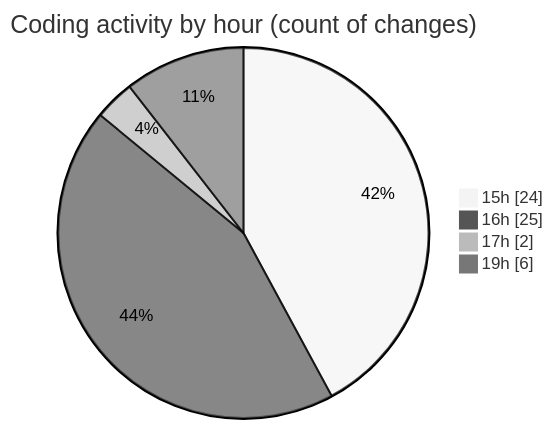
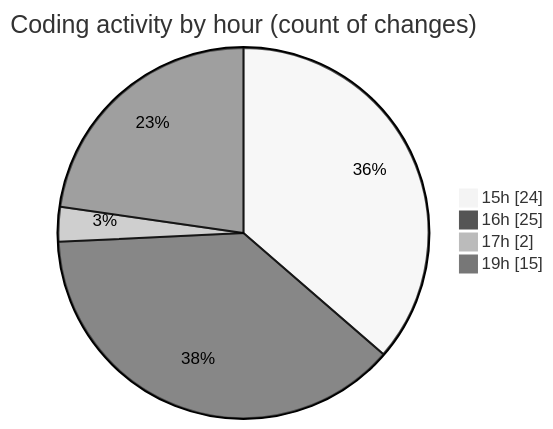
One commit to EIIisD/code-tracking changed the second of 2 diagrams in 2025-07-31/tw-server/README.md. Above: the diagram before and after it, drawn with Mermaid (neutral theme). The commit also changed other lines of this file and 1 other file, not shown here.

````diff
--- a/2025-07-31/tw-server/README.md
+++ b/2025-07-31/tw-server/README.md
@@ -42,8 +43,8 @@
 ```mermaid
 pie showData
 title Coding activity by hour (count of changes)
 "15h" : 24
 "16h" : 25
 "17h" : 2
-"19h" : 6
+"19h" : 15
 ```
````
